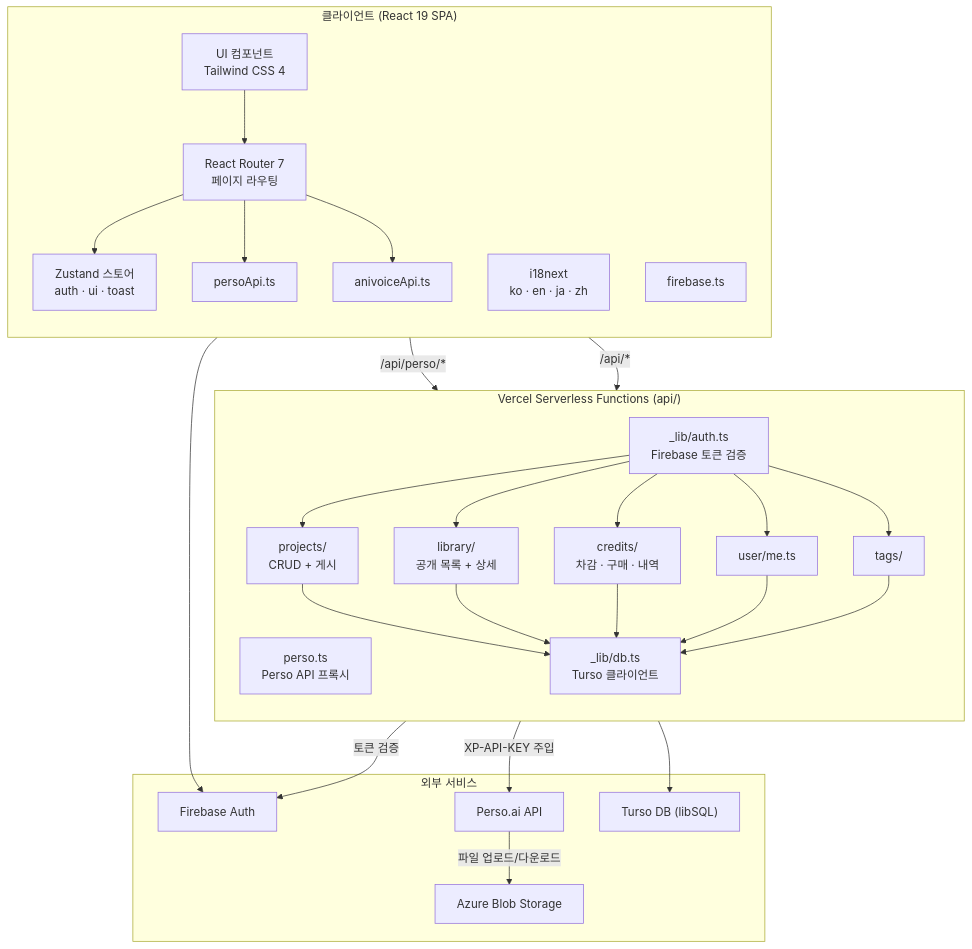
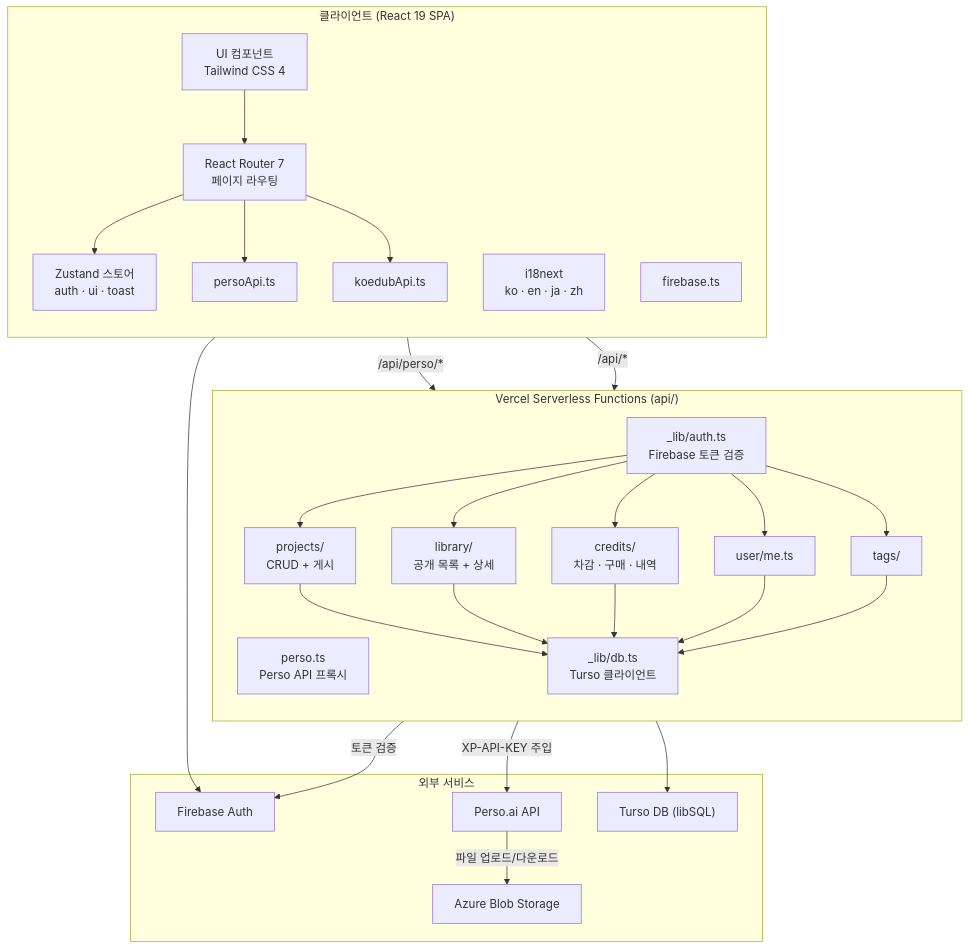
Before and after one commit to perso-devrel/KoeDub: the first of 4 diagrams in ARCHITECTURE.md, drawn with Mermaid. The commit also changed other lines of this file and 53 other files, not shown here.

````diff
--- a/ARCHITECTURE.md
+++ b/ARCHITECTURE.md
@@ -5,43 +5,43 @@
 ```mermaid
 graph TB
     subgraph Client["클라이언트 (React 19 SPA)"]
         direction TB
         UI[UI 컴포넌트<br/>Tailwind CSS 4]
         Router[React Router 7<br/>페이지 라우팅]
         Store[Zustand 스토어<br/>auth · ui · toast]
         I18n[i18next<br/>ko · en · ja · zh]
         SvcPerso[persoApi.ts]
-        SvcBackend[anivoiceApi.ts]
+        SvcBackend[koedubApi.ts]
         SvcAuth[firebase.ts]
     end
 
     subgraph Vercel["Vercel Serverless Functions (api/)"]
         direction TB
         ProxyFn["perso.ts<br/>Perso API 프록시"]
         AuthMW["_lib/auth.ts<br/>Firebase 토큰 검증"]
         ProjFn["projects/\nCRUD + 게시"]
         LibFn["library/\n공개 목록 + 상세"]
         CreditFn["credits/\n차감 · 구매 · 내역"]
         UserFn["user/me.ts"]
         TagFn["tags/"]
         DB["_lib/db.ts\nTurso 클라이언트"]
     end
 
     subgraph External["외부 서비스"]
         PersoAI["Perso.ai API"]
         Firebase["Firebase Auth"]
         Turso["Turso DB (libSQL)"]
         Azure["Azure Blob Storage"]
     end
 
     UI --> Router --> Store
     Router --> SvcPerso & SvcBackend
     SvcAuth --> Firebase
     SvcPerso -->|"/api/perso/*"| ProxyFn
     SvcBackend -->|"/api/*"| AuthMW
     AuthMW --> ProjFn & LibFn & CreditFn & UserFn & TagFn
     AuthMW -->|"토큰 검증"| Firebase
     ProxyFn -->|"XP-API-KEY 주입"| PersoAI
     ProjFn & LibFn & CreditFn & UserFn & TagFn --> DB --> Turso
     PersoAI -->|"파일 업로드/다운로드"| Azure
 ```
````
